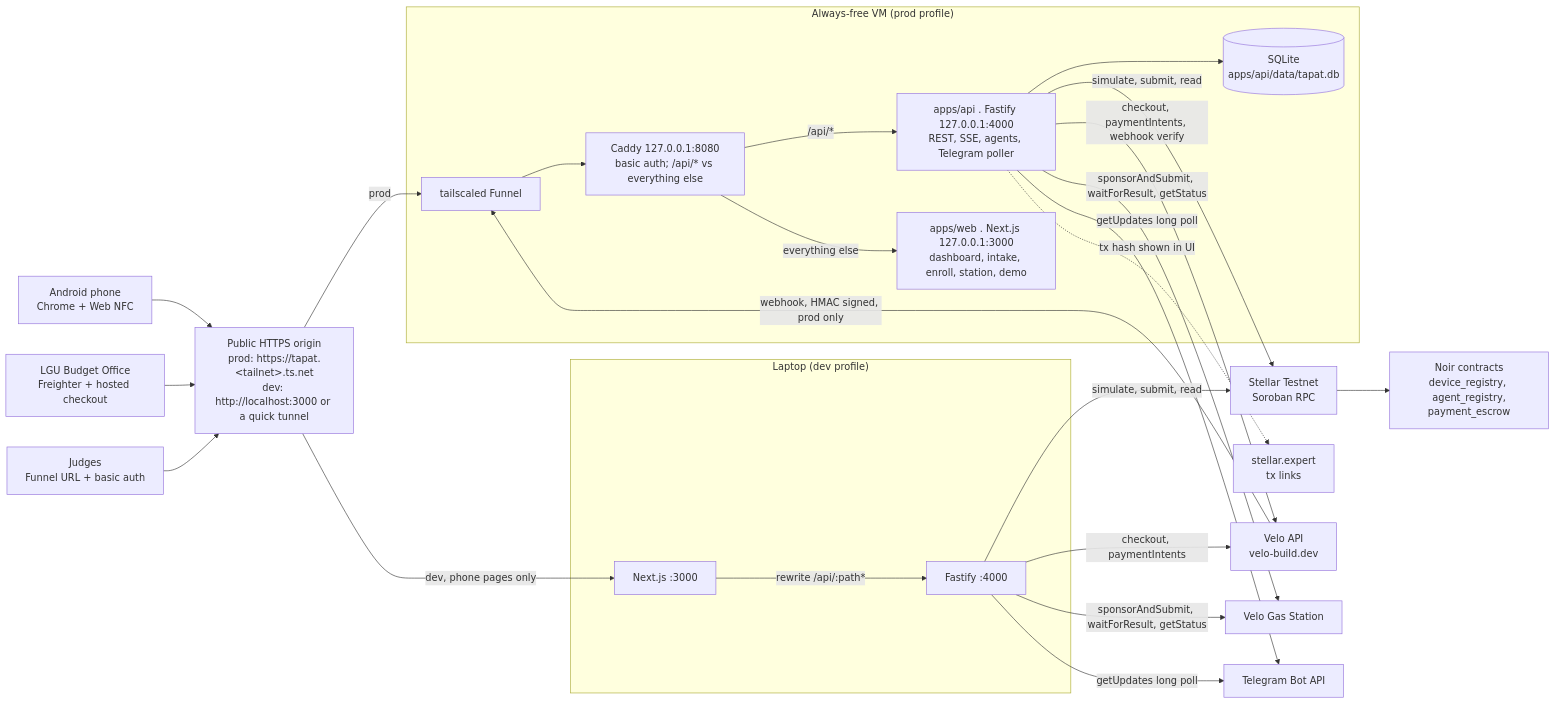
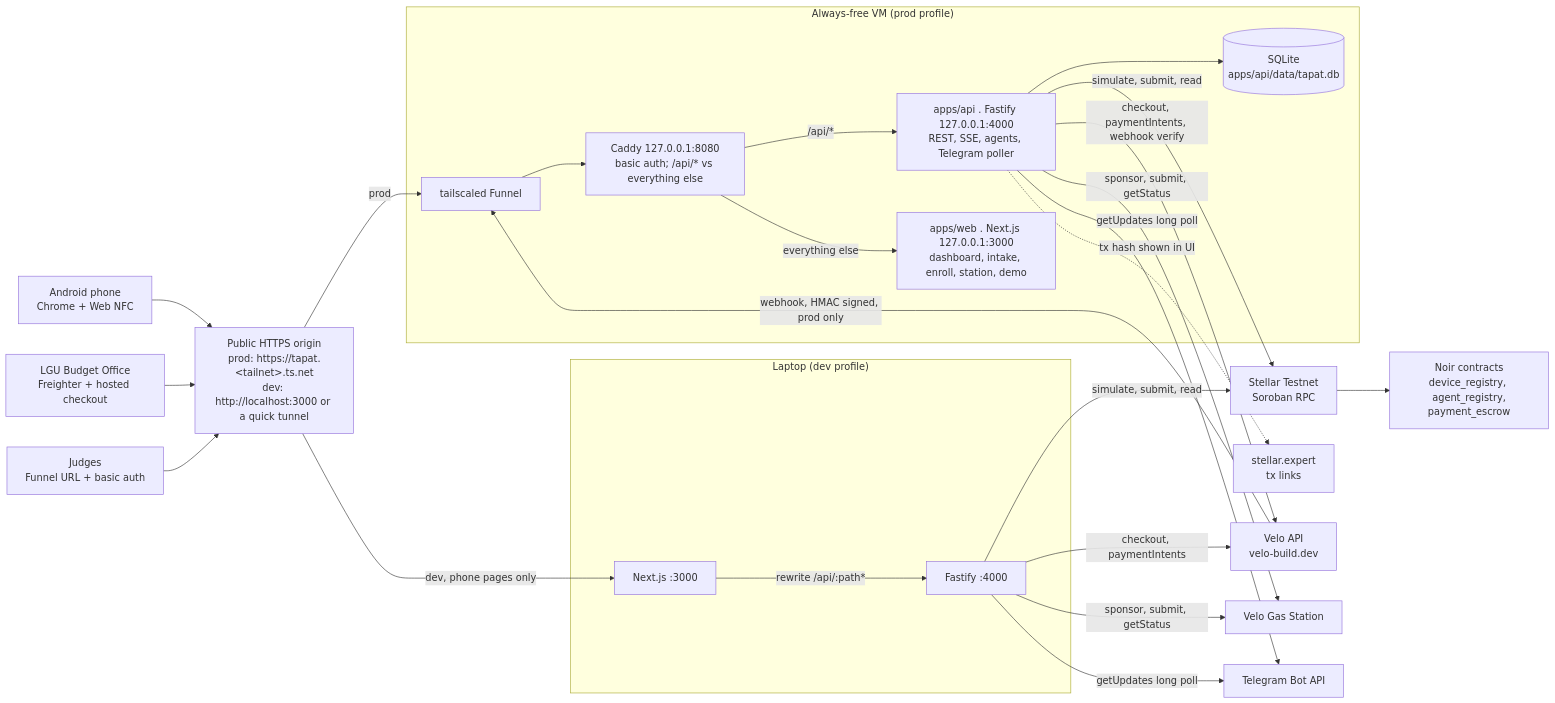
Before and after one commit to Jimuelle07/TAPat: the first of 7 diagrams in docs/system-design.md, drawn with Mermaid. The commit also changed other lines of this file and 17 other files, not shown here.

````diff
--- a/docs/system-design.md
+++ b/docs/system-design.md
@@ -33,49 +33,49 @@
 ```mermaid
 flowchart LR
     Phone["Android phone<br/>Chrome + Web NFC"]
     LGU["LGU Budget Office<br/>Freighter + hosted checkout"]
     Judges["Judges<br/>Funnel URL + basic auth"]
     Pub["Public HTTPS origin<br/>prod: https://tapat.&lt;tailnet&gt;.ts.net<br/>dev: http://localhost:3000 or a quick tunnel"]
 
     subgraph VM["Always-free VM (prod profile)"]
         Funnel["tailscaled Funnel"]
         Caddy["Caddy 127.0.0.1:8080<br/>basic auth; /api/* vs everything else"]
         Web["apps/web . Next.js 127.0.0.1:3000<br/>dashboard, intake, enroll, station, demo"]
         API["apps/api . Fastify 127.0.0.1:4000<br/>REST, SSE, agents, Telegram poller"]
         DB[("SQLite<br/>apps/api/data/tapat.db")]
         Funnel --> Caddy
         Caddy -->|"/api/*"| API
         Caddy -->|"everything else"| Web
         API --> DB
     end
 
     subgraph Lap["Laptop (dev profile)"]
         DevWeb["Next.js :3000"]
         DevAPI["Fastify :4000"]
         DevWeb -->|"rewrite /api/:path*"| DevAPI
     end
 
     RPC["Stellar Testnet<br/>Soroban RPC"]
     Noir["Noir contracts<br/>device_registry, agent_registry,<br/>payment_escrow"]
     Velo["Velo API<br/>velo-build.dev"]
     Gas["Velo Gas Station"]
     TG["Telegram Bot API"]
     XP["stellar.expert<br/>tx links"]
 
     Phone --> Pub
     LGU --> Pub
     Judges --> Pub
     Pub -->|"prod"| Funnel
     Pub -->|"dev, phone pages only"| DevWeb
     Velo -->|"webhook, HMAC signed, prod only"| Funnel
     API -->|"simulate, submit, read"| RPC
     DevAPI -->|"simulate, submit, read"| RPC
     RPC --> Noir
     API -->|"checkout, paymentIntents, webhook verify"| Velo
     DevAPI -->|"checkout, paymentIntents"| Velo
-    API -->|"sponsorAndSubmit, waitForResult, getStatus"| Gas
-    DevAPI -->|"sponsorAndSubmit, waitForResult, getStatus"| Gas
+    API -->|"sponsor, submit, getStatus"| Gas
+    DevAPI -->|"sponsor, submit, getStatus"| Gas
     API -->|"getUpdates long poll"| TG
     DevAPI -->|"getUpdates long poll"| TG
     API -.->|"tx hash shown in UI"| XP
 ```
````
